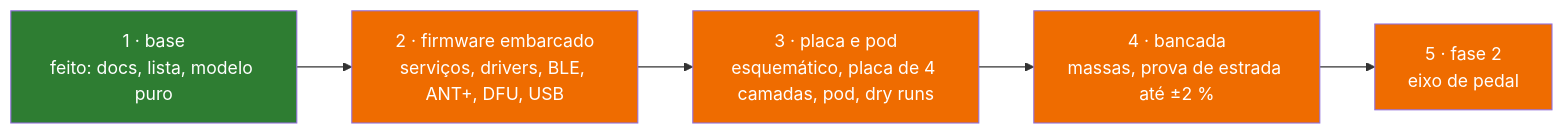
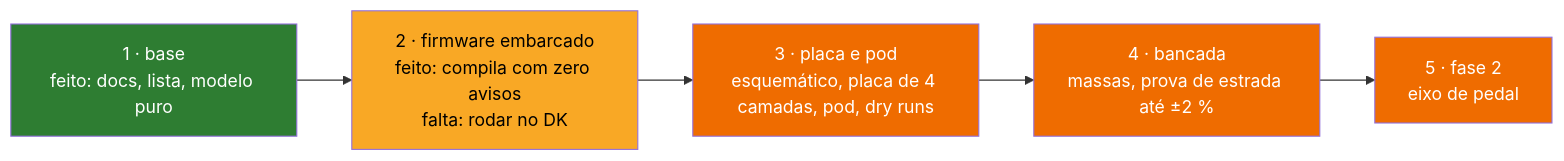
One commit to Guiimartinho/bike-powermeter changed the diagram in docs/07-status.md. Above: the diagram before and after it, drawn with Mermaid. The commit also changed other lines of this file and 64 other files, not shown here.

````diff
--- a/docs/07-status.md
+++ b/docs/07-status.md
@@ -14,11 +15,13 @@
 ```mermaid
 flowchart LR
-    A["1 · base<br/>feito: docs, lista, modelo puro"] --> B["2 · firmware embarcado<br/>serviços, drivers, BLE, ANT+, DFU, USB"]
+    A["1 · base<br/>feito: docs, lista, modelo puro"] --> B["2 · firmware embarcado<br/>feito: compila com zero avisos<br/>falta: rodar no DK"]
     B --> C["3 · placa e pod<br/>esquemático, placa de 4 camadas, pod, dry runs"]
     C --> D["4 · bancada<br/>massas, prova de estrada até ±2 %"]
     D --> E["5 · fase 2<br/>eixo de pedal"]
     classDef done fill:#2e7d32,color:#ffffff
     classDef pending fill:#ef6c00,color:#ffffff
     class A done
-    class B,C,D,E pending
+    classDef partial fill:#f9a825,color:#000000
+    class B partial
+    class C,D,E pending
 ```
````
